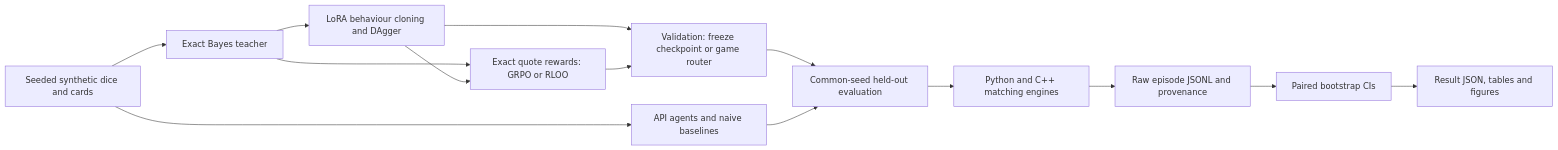
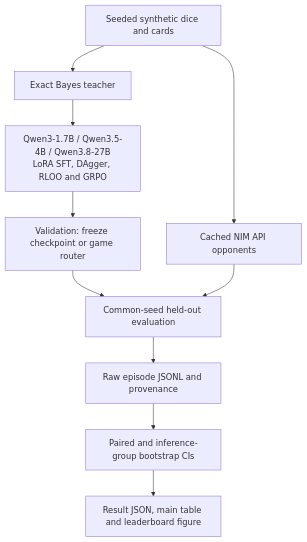
One commit to ncoprod/makemarketbench changed the diagram in README.md. Above: the diagram before and after it, drawn with Mermaid. The commit also changed other lines of this file and 4 other files, not shown here.

````diff
--- a/README.md
+++ b/README.md
@@ -31,16 +31,12 @@
 ```mermaid
-flowchart LR
-    S[Seeded synthetic dice and cards] --> B[Exact Bayes teacher]
-    S --> A[API agents and naive baselines]
-    B --> T[LoRA behaviour cloning and DAgger]
-    B --> R[Exact quote rewards: GRPO or RLOO]
-    T --> R
-    T --> V[Validation: freeze checkpoint or game router]
-    R --> V
-    V --> E[Common-seed held-out evaluation]
+flowchart TD
+    S["Seeded synthetic dice and cards"] --> B["Exact Bayes teacher"]
+    B --> M["Qwen3-1.7B / Qwen3.5-4B / Qwen3.8-27B<br/>LoRA SFT, DAgger, RLOO and GRPO"]
+    M --> V["Validation: freeze checkpoint or game router"]
+    S --> A["Cached NIM API opponents"]
+    V --> E["Common-seed held-out evaluation"]
     A --> E
-    E --> C[Python and C++ matching engines]
-    C --> F[Raw episode JSONL and provenance]
-    F --> P[Paired bootstrap CIs]
-    P --> O[Result JSON, tables and figures]
+    E --> R["Raw episode JSONL and provenance"]
+    R --> C["Paired and inference-group bootstrap CIs"]
+    C --> J["Result JSON, main table and leaderboard figure"]
 ```
````
